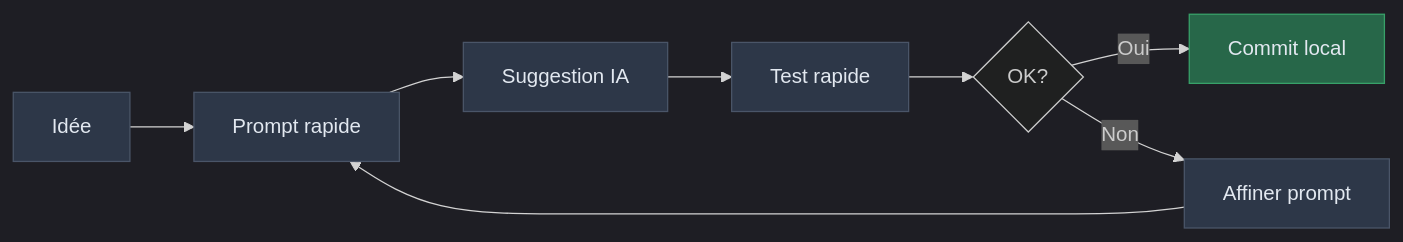
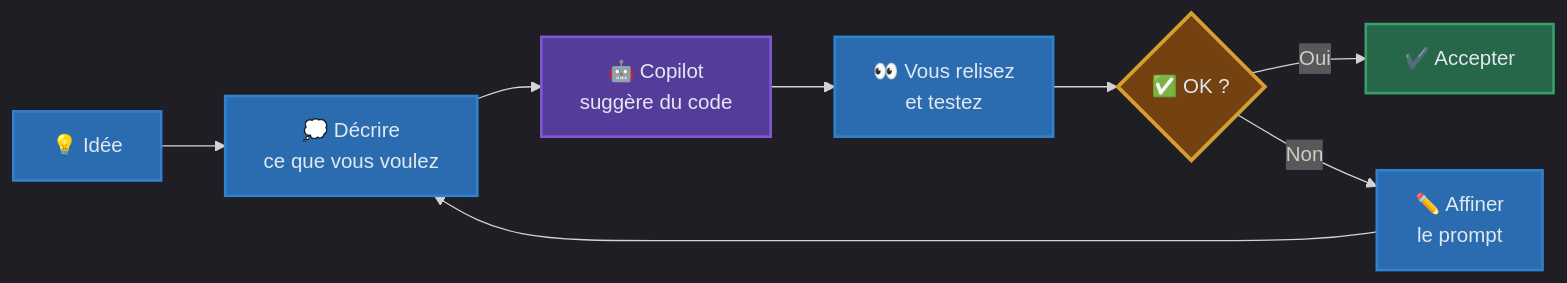
One commit to zidtalel/AtelierIA changed the fourth of 5 diagrams in INTRO.md. Above: the diagram before and after it, drawn with Mermaid. The commit also changed other lines of this file and 3 other files, not shown here.

````diff
--- a/INTRO.md
+++ b/INTRO.md
@@ -198,16 +348,21 @@
 ```mermaid
 %%{init: {'theme':'dark'}}%%
 flowchart LR
-  IDEA[Idée] --> PROMPT[Prompt rapide]
-  PROMPT --> AI[Suggestion IA]
-  AI --> TEST[Test rapide]
-  TEST --> DECIDE{OK?}
-  DECIDE -->|Oui| COMMIT[Commit local]
-  DECIDE -->|Non| REFINE[Affiner prompt]
-  REFINE --> PROMPT
-
-  classDef base fill:#2d3748,stroke:#4a5568,color:#e2e8f0
-  classDef action fill:#276749,stroke:#38a169,color:#e2e8f0
-  class IDEA,PROMPT,AI,TEST,REFINE base
-  class COMMIT action
+  IDEA[💡 Idée] -->A
+    A["💭 Décrire<br/>ce que vous voulez"] --> B["🤖 Copilot<br/>suggère du code"]
+    B --> C["👀 Vous relisez<br/>et testez"]
+    C --> D{"✅ OK ?"}
+    D -->|Oui| E["✔️ Accepter"]
+    D -->|Non| F["✏️ Affiner<br/>le prompt"]
+    F --> A
+    
+    classDef userClass fill:#2b6cb0,stroke:#3182ce,stroke-width:2px,color:#e2e8f0
+    classDef aiClass fill:#553c9a,stroke:#805ad5,stroke-width:2px,color:#e2e8f0
+    classDef decisionClass fill:#744210,stroke:#d69e2e,stroke-width:3px,color:#e2e8f0
+    classDef successClass fill:#276749,stroke:#38a169,stroke-width:2px,color:#e2e8f0
+    
+    class A,C,F,IDEA userClass
+    class B aiClass
+    class D decisionClass
+    class E successClass
 ```
````
